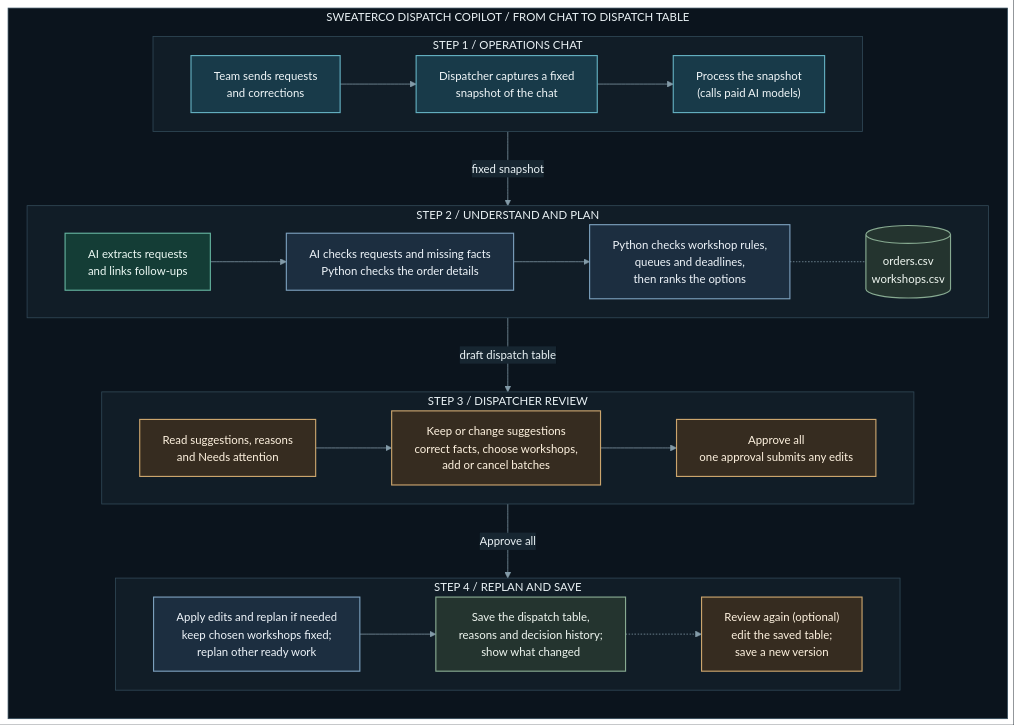
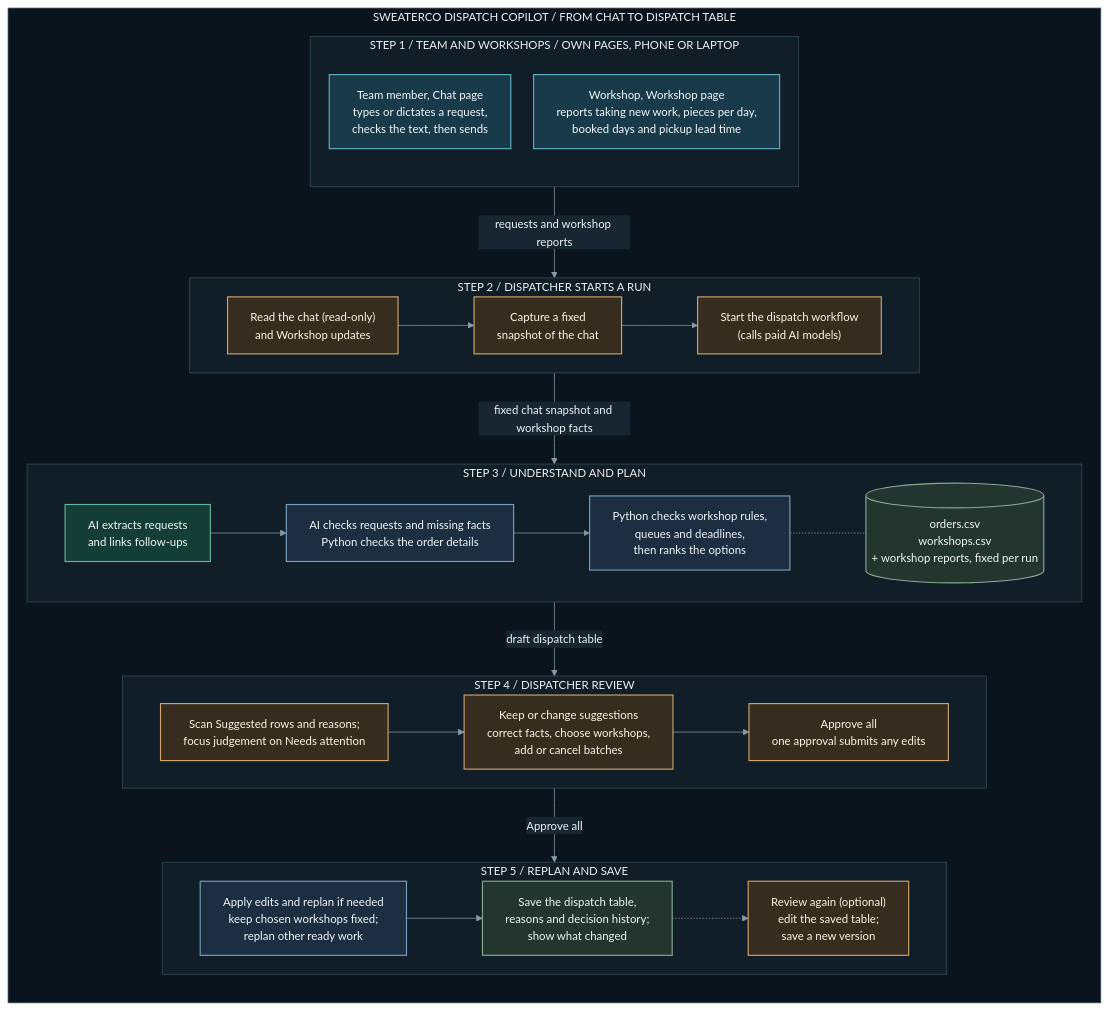
One commit to adityaviolin824/AI-Assisted-Factory-Dispatcher changed the first of 2 diagrams in README.md. Above: the diagram before and after it, drawn with Mermaid. The commit also changed other lines of this file and 35 other files, not shown here.

````diff
--- a/README.md
+++ b/README.md
@@ -58,73 +58,80 @@
 ```mermaid
 ---
 config:
   layout: dagre
   theme: base
   look: classic
   markdownAutoWrap: false
   themeVariables:
     fontFamily: system-ui, sans-serif
     fontSize: 15px
     primaryTextColor: "#EAF2F5"
     textColor: "#EAF2F5"
     lineColor: "#839BA8"
     clusterBkg: "#111D27"
     clusterBorder: "#334B5A"
     titleColor: "#EAF2F5"
     edgeLabelBackground: "#172631"
   flowchart:
     curve: basis
     wrappingWidth: 320
     nodeSpacing: 30
     rankSpacing: 50
 ---
 flowchart TB
     subgraph PRODUCT["SWEATERCO DISPATCH COPILOT / FROM CHAT TO DISPATCH TABLE"]
         direction TB
 
-        subgraph S1["STEP 1 / OPERATIONS CHAT"]
-            direction LR
-            SEND["Team sends requests<br/>and corrections"]:::screen
-            SNAP["Dispatcher captures a fixed<br/>snapshot of the chat"]:::screen
-            PROCESS["Process the snapshot<br/>(calls paid AI models)"]:::screen
-            SEND --> SNAP --> PROCESS
+        subgraph S1["STEP 1 / TEAM AND WORKSHOPS / OWN PAGES, PHONE OR LAPTOP"]
+            direction TB
+            SEND["Team member, Chat page<br/>types or dictates a request,<br/>checks the text, then sends"]:::screen
+            REPORT["Workshop, Workshop page<br/>reports taking new work, pieces per day,<br/>booked days and pickup lead time"]:::screen
         end
 
-        subgraph S2["STEP 2 / UNDERSTAND AND PLAN"]
+        subgraph S2["STEP 2 / DISPATCHER STARTS A RUN"]
+            direction LR
+            WATCH["Read the chat (read-only)<br/>and Workshop updates"]:::human
+            SNAP["Capture a fixed<br/>snapshot of the chat"]:::human
+            PROCESS["Start the dispatch workflow<br/>(calls paid AI models)"]:::human
+            WATCH --> SNAP --> PROCESS
+        end
+
+        subgraph S3["STEP 3 / UNDERSTAND AND PLAN"]
             direction LR
             EXTRACT["AI extracts requests<br/>and links follow-ups"]:::ai
             VERIFY["AI checks requests and missing facts<br/>Python checks the order details"]:::logic
             PLAN["Python checks workshop rules,<br/>queues and deadlines,<br/>then ranks the options"]:::logic
-            FACTS[("orders.csv<br/>workshops.csv")]:::data
+            FACTS[("orders.csv<br/>workshops.csv<br/>+ workshop reports, fixed per run")]:::data
             EXTRACT --> VERIFY --> PLAN
             PLAN -.- FACTS
         end
 
-        subgraph S3["STEP 3 / DISPATCHER REVIEW"]
+        subgraph S4["STEP 4 / DISPATCHER REVIEW"]
             direction LR
-            READ["Read suggestions, reasons<br/>and Needs attention"]:::human
+            READ["Scan Suggested rows and reasons;<br/>focus judgement on Needs attention"]:::human
             CHOOSE["Keep or change suggestions<br/>correct facts, choose workshops,<br/>add or cancel batches"]:::human
             APPROVE["Approve all<br/>one approval submits any edits"]:::human
             READ --> CHOOSE --> APPROVE
         end
 
-        subgraph S4["STEP 4 / REPLAN AND SAVE"]
+        subgraph S5["STEP 5 / REPLAN AND SAVE"]
             direction LR
             REPLAN["Apply edits and replan if needed<br/>keep chosen workshops fixed;<br/>replan other ready work"]:::logic
             SAVE["Save the dispatch table,<br/>reasons and decision history;<br/>show what changed"]:::data
             AGAIN["Review again (optional)<br/>edit the saved table;<br/>save a new version"]:::human
             REPLAN --> SAVE -.-> AGAIN
         end
 
-        S1 -- "fixed snapshot" --> S2
-        S2 -- "draft dispatch table" --> S3
-        S3 -- "Approve all" --> S4
+        S1 -- "requests and workshop reports" --> S2
+        S2 -- "fixed chat snapshot and workshop facts" --> S3
+        S3 -- "draft dispatch table" --> S4
+        S4 -- "Approve all" --> S5
     end
 
     classDef screen fill:#183A49,stroke:#63AFC0,color:#F1F7F9,stroke-width:1.5px
     classDef ai fill:#143D36,stroke:#64B39F,color:#EDFAF5,stroke-width:1.5px
     classDef logic fill:#1C2E40,stroke:#7B9FBC,color:#EFF5FA,stroke-width:1.5px
     classDef human fill:#362C20,stroke:#CBA56D,color:#FFF3E0,stroke-width:1.5px
     classDef data fill:#24342F,stroke:#87AA91,color:#F0F7F1,stroke-width:1.5px
     style PRODUCT fill:#0B141D,stroke:#334B5A,stroke-width:1px
 ```
````
